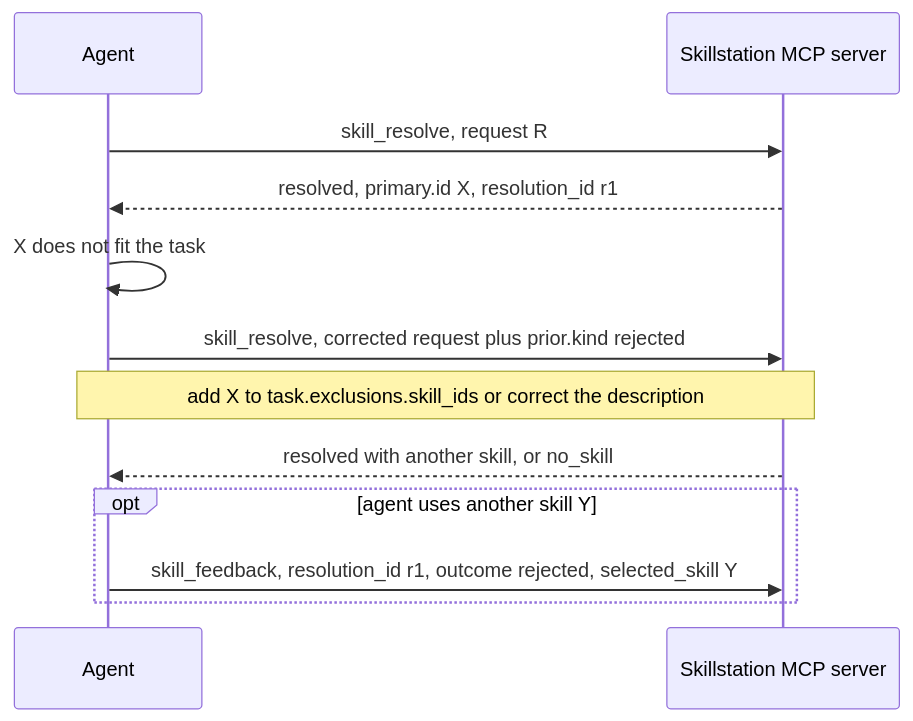
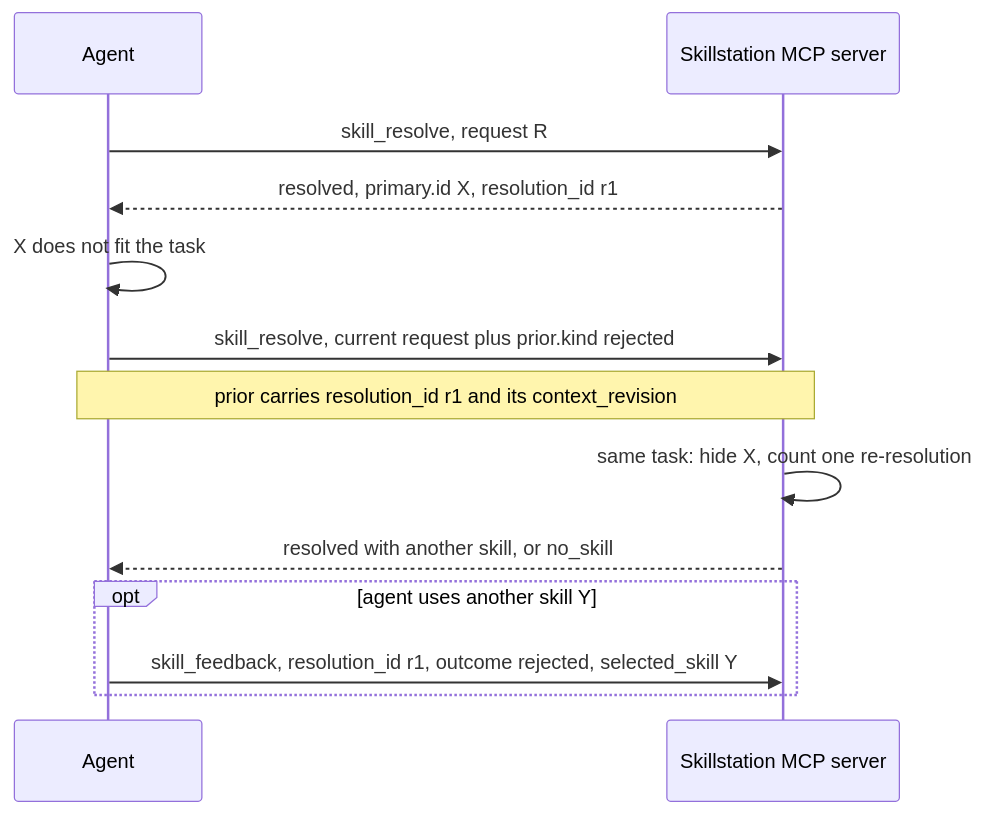
One commit to vantt/skillstation changed the sixth of 10 diagrams in docs/contracts/skill-resolve-protocol.md. Above: the diagram before and after it, drawn with Mermaid. The commit also changed other lines of this file and 28 other files, not shown here.

First line of the commit message:
fix(resolve): exclude a rejected skill, enforce the retry limits and report request errors with their codes

````diff
--- a/docs/contracts/skill-resolve-protocol.md
+++ b/docs/contracts/skill-resolve-protocol.md
@@ -236,14 +244,15 @@
 ```mermaid
 sequenceDiagram
     participant A as Agent
     participant S as Skillstation MCP server
     A->>S: skill_resolve, request R
     S-->>A: resolved, primary.id X, resolution_id r1
     A->>A: X does not fit the task
-    A->>S: skill_resolve, corrected request plus prior.kind rejected
-    Note over A,S: add X to task.exclusions.skill_ids or correct the description
+    A->>S: skill_resolve, current request plus prior.kind rejected
+    Note over A,S: prior carries resolution_id r1 and its context_revision
+    S->>S: same task: hide X, count one re-resolution
     S-->>A: resolved with another skill, or no_skill
     opt agent uses another skill Y
         A->>S: skill_feedback, resolution_id r1, outcome rejected, selected_skill Y
     end
 ```
````
